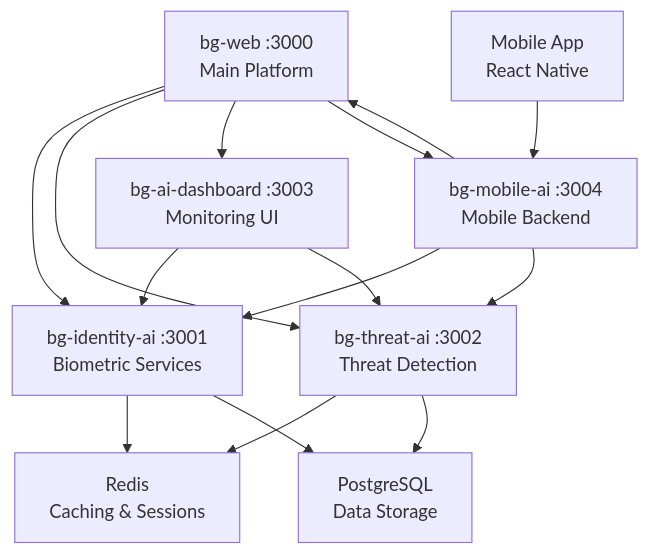
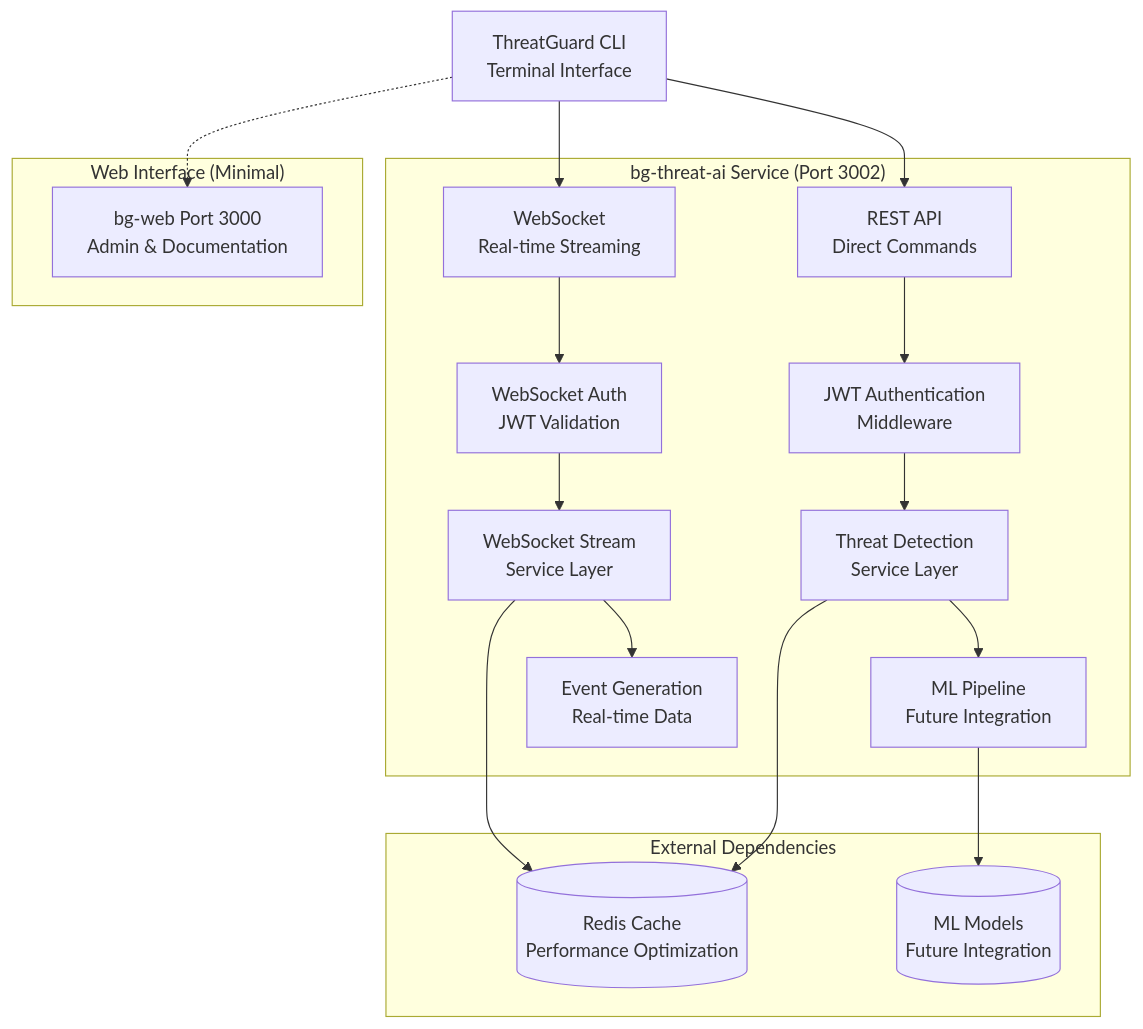
One commit to plopez-famaf/negocio changed the diagram in AI-SERVICES-ARCHITECTURE.md. Above: the diagram before and after it, drawn with Mermaid. The commit also changed other lines of this file and 1184 other files, not shown here.

````diff
--- a/AI-SERVICES-ARCHITECTURE.md
+++ b/AI-SERVICES-ARCHITECTURE.md
@@ -114,20 +57,26 @@
 ```mermaid
 graph TB
-    A[bg-web :3000<br/>Main Platform] --> B[bg-identity-ai :3001<br/>Biometric Services]
-    A --> C[bg-threat-ai :3002<br/>Threat Detection]
-    A --> D[bg-ai-dashboard :3003<br/>Monitoring UI]
-    A --> E[bg-mobile-ai :3004<br/>Mobile Backend]
+    CLI[ThreatGuard CLI<br/>Terminal Interface] --> WS[WebSocket<br/>Real-time Streaming]
+    CLI --> API[REST API<br/>Direct Commands]
     
-    D --> B
-    D --> C
-    E --> B
-    E --> C
-    E --> A
+    subgraph "bg-threat-ai Service (Port 3002)"
+        API --> AUTH[JWT Authentication<br/>Middleware]
+        WS --> WSAUTH[WebSocket Auth<br/>JWT Validation]
+        AUTH --> THREAT[Threat Detection<br/>Service Layer]
+        WSAUTH --> STREAM[WebSocket Stream<br/>Service Layer]
+        THREAT --> ML[ML Pipeline<br/>Future Integration]
+        STREAM --> EVENTS[Event Generation<br/>Real-time Data]
+    end
     
-    B --> F[Redis<br/>Caching & Sessions]
-    C --> F
-    B --> G[PostgreSQL<br/>Data Storage]
-    C --> G
+    subgraph "External Dependencies"
+        THREAT --> REDIS[(Redis Cache<br/>Performance Optimization)]
+        ML --> MODELS[(ML Models<br/>Future Integration)]
+        STREAM --> REDIS
+    end
     
-    H[Mobile App<br/>React Native] --> E
+    subgraph "Web Interface (Minimal)"
+        WEB[bg-web Port 3000<br/>Admin & Documentation]
+    end
+    
+    CLI -.-> WEB
 ```
````
